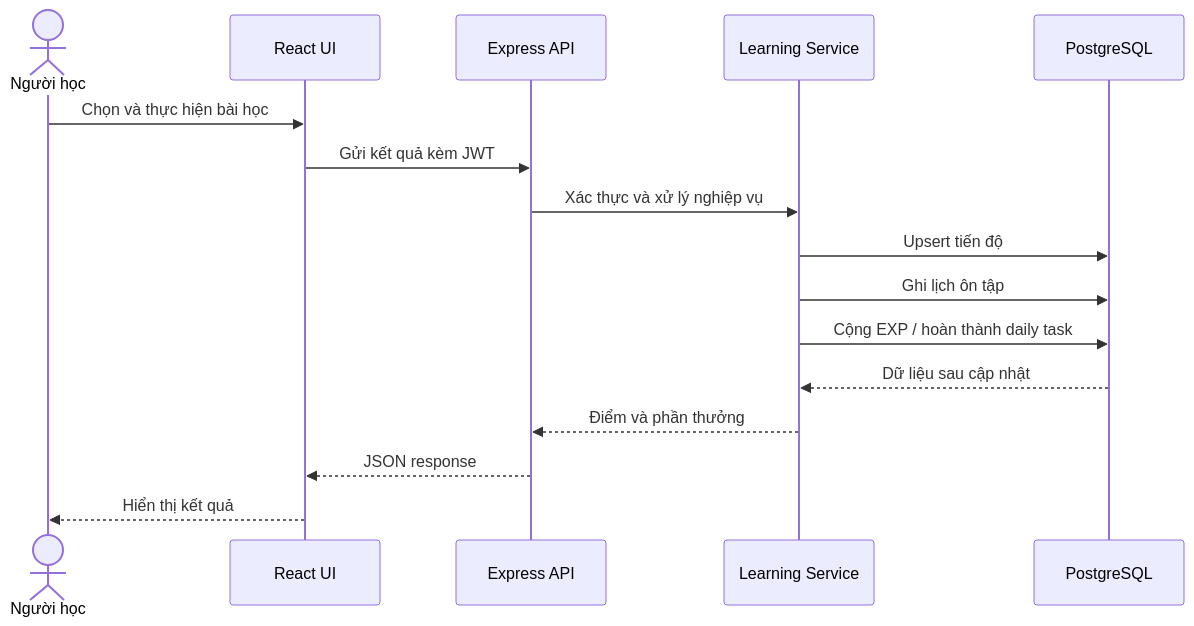
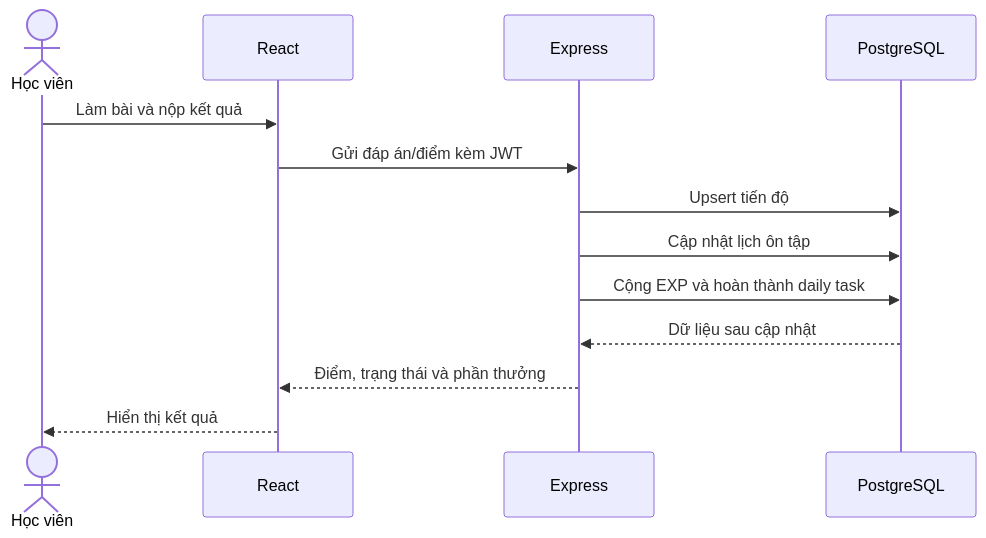
Before and after one commit to longmaychem36/tiengAnh: the third of 5 diagrams in README.md, drawn with Mermaid. The commit also changed other lines of this file and 56 other files, not shown here.

````diff
--- a/README.md
+++ b/README.md
@@ -186,19 +217,16 @@
 ```mermaid
 sequenceDiagram
-    actor Learner as Người học
-    participant UI as React UI
-    participant API as Express API
-    participant Service as Learning Service
+    actor Learner as Học viên
+    participant UI as React
+    participant API as Express
     participant DB as PostgreSQL
 
-    Learner->>UI: Chọn và thực hiện bài học
-    UI->>API: Gửi kết quả kèm JWT
-    API->>Service: Xác thực và xử lý nghiệp vụ
-    Service->>DB: Upsert tiến độ
-    Service->>DB: Ghi lịch ôn tập
-    Service->>DB: Cộng EXP / hoàn thành daily task
-    DB-->>Service: Dữ liệu sau cập nhật
-    Service-->>API: Điểm và phần thưởng
-    API-->>UI: JSON response
+    Learner->>UI: Làm bài và nộp kết quả
+    UI->>API: Gửi đáp án/điểm kèm JWT
+    API->>DB: Upsert tiến độ
+    API->>DB: Cập nhật lịch ôn tập
+    API->>DB: Cộng EXP và hoàn thành daily task
+    DB-->>API: Dữ liệu sau cập nhật
+    API-->>UI: Điểm, trạng thái và phần thưởng
     UI-->>Learner: Hiển thị kết quả
 ```
````
